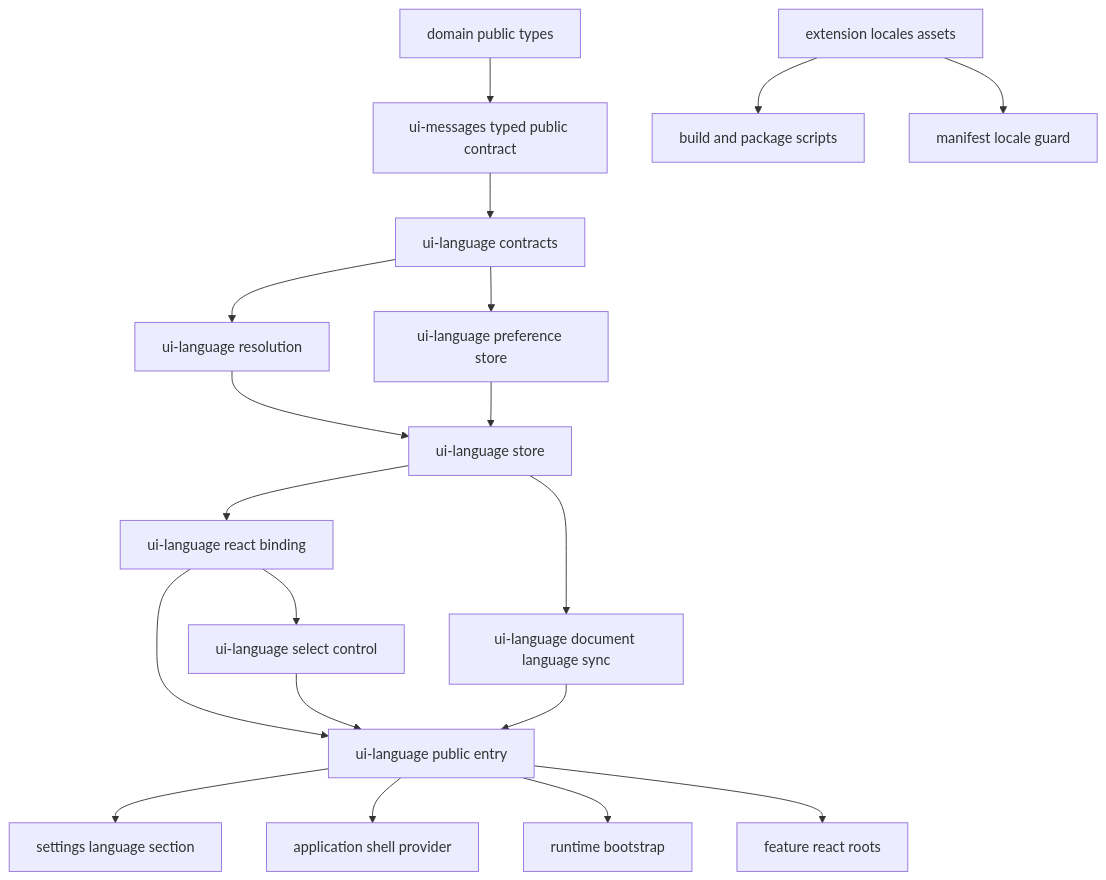
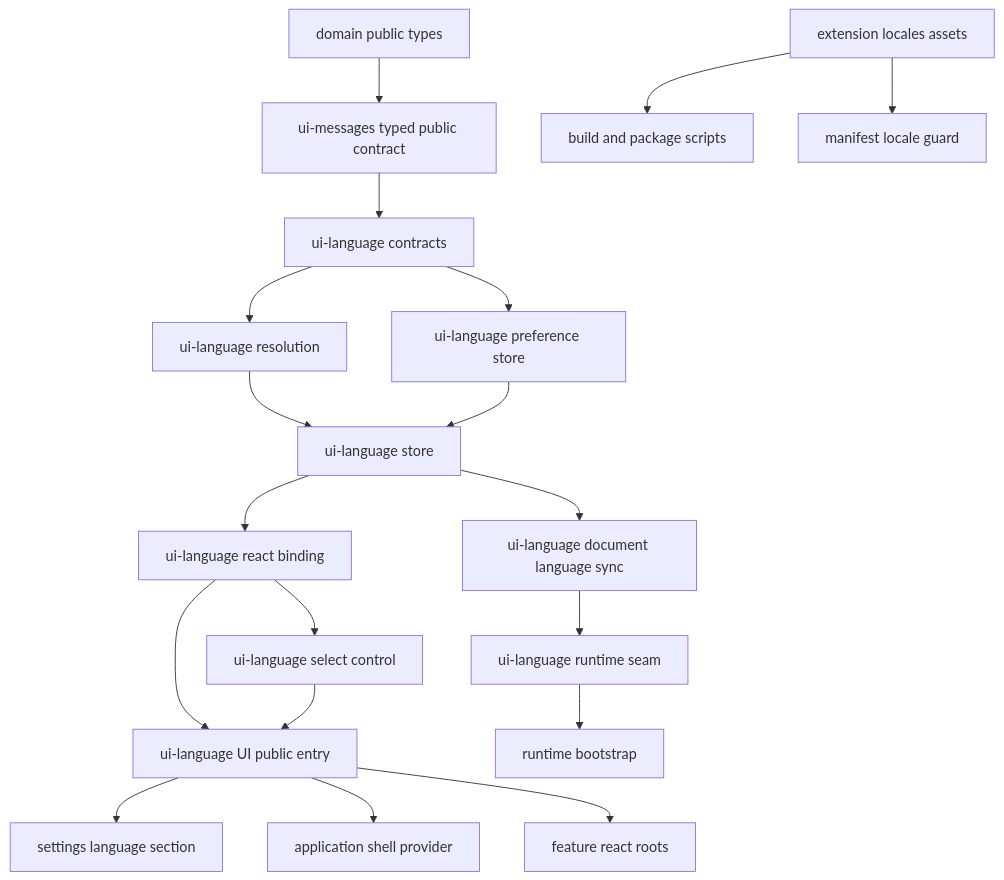
Before and after one commit to Huruikagi/pc-build-planner: the first of 4 diagrams in .kiro/specs/ui-internationalization/design.md, drawn with Mermaid. The commit also changed other lines of this file and 16 other files, not shown here.

````diff
--- a/.kiro/specs/ui-internationalization/design.md
+++ b/.kiro/specs/ui-internationalization/design.md
@@ -95,45 +97,46 @@
 ```mermaid
 graph TB
     Domain[domain public types]
     MsgPublic[ui-messages typed public contract]
 
     LangContracts[ui-language contracts]
     LangResolve[ui-language resolution]
     LangStore[ui-language store]
     PrefStore[ui-language preference store]
     LangReact[ui-language react binding]
     LangSelect[ui-language select control]
     DocLang[ui-language document language sync]
-    LangPublic[ui-language public entry]
+    LangPublic[ui-language UI public entry]
+    LangRuntime[ui-language runtime seam]
 
     SettingsView[settings language section]
     ShellProvider[application shell provider]
     Bootstrap[runtime bootstrap]
     FeatureRoots[feature react roots]
 
     Locales[extension locales assets]
     BuildScript[build and package scripts]
     ManifestGuard[manifest locale guard]
 
     Domain --> MsgPublic
 
     MsgPublic --> LangContracts
     LangContracts --> LangResolve
     LangContracts --> PrefStore
     LangResolve --> LangStore
     PrefStore --> LangStore
     LangStore --> LangReact
     LangStore --> DocLang
     LangReact --> LangSelect
     LangReact --> LangPublic
     LangSelect --> LangPublic
-    DocLang --> LangPublic
+    DocLang --> LangRuntime
 
     LangPublic --> SettingsView
     LangPublic --> ShellProvider
-    LangPublic --> Bootstrap
+    LangRuntime --> Bootstrap
     LangPublic --> FeatureRoots
 
     Locales --> BuildScript
     Locales --> ManifestGuard
 ```
````
